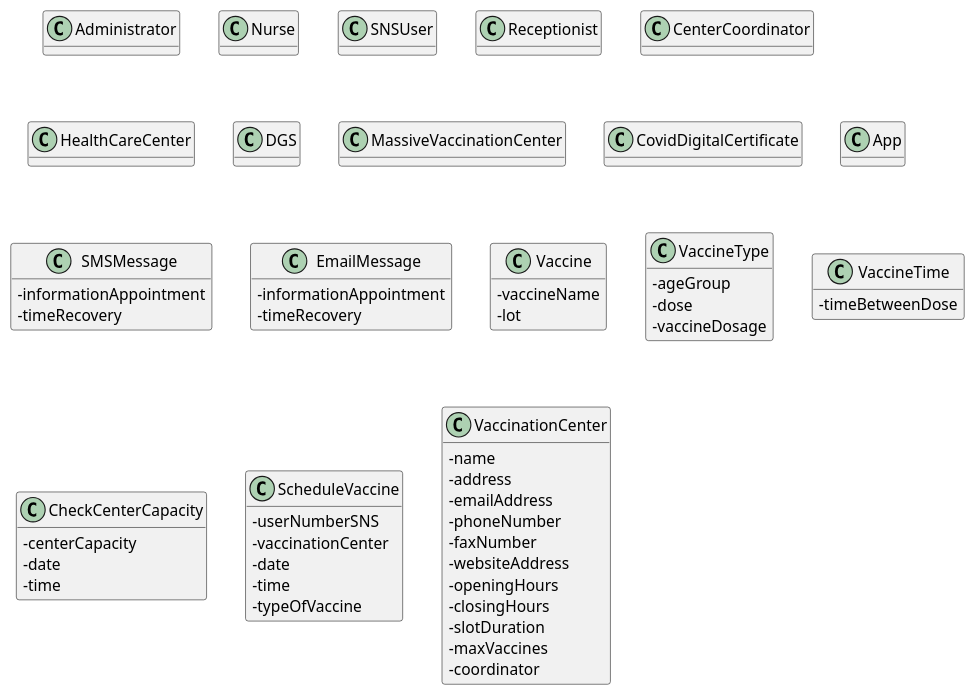
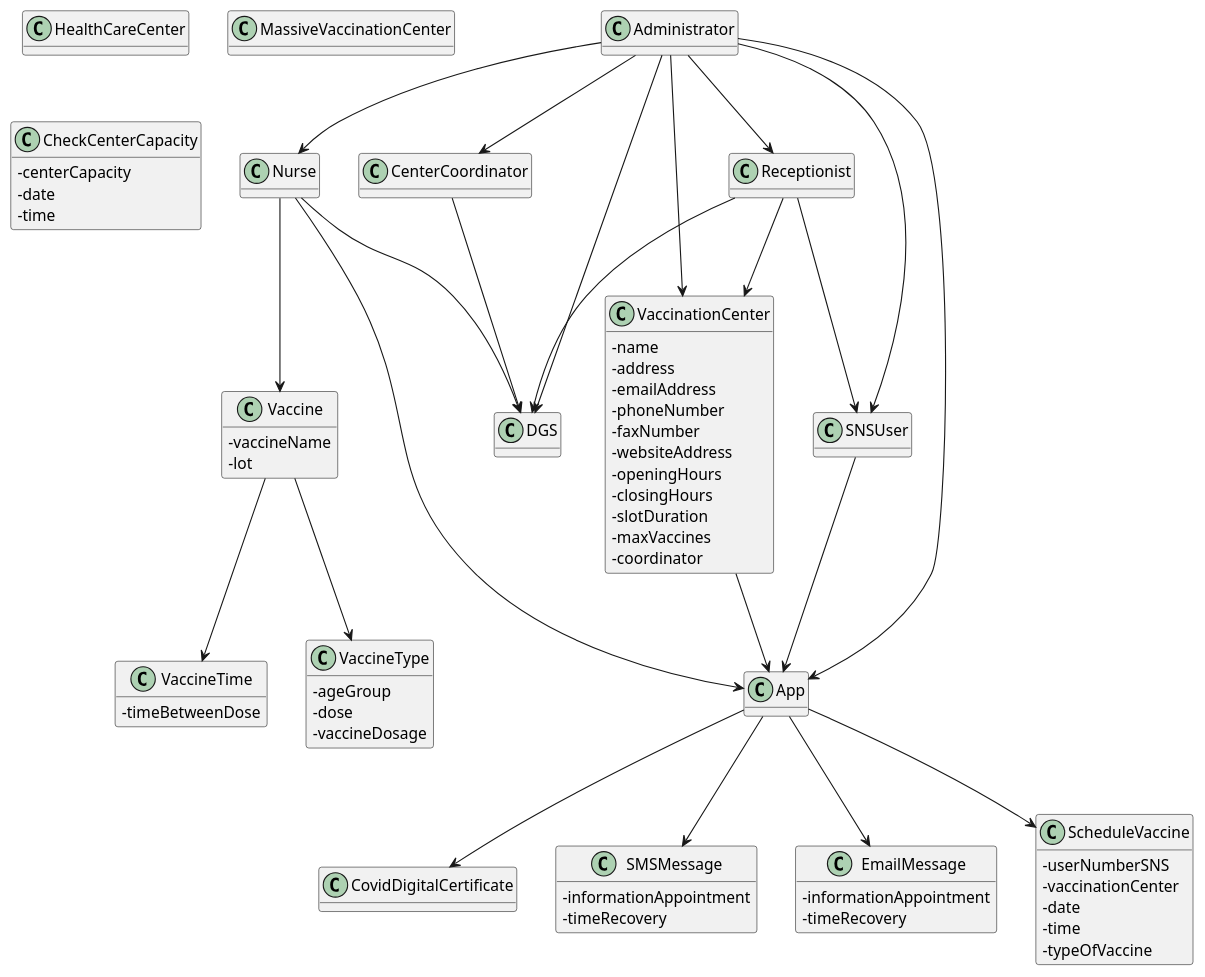
One commit to PedroMesquita1211171/VaccinationManager changed the diagram in docs/SprintA/DM.puml. Above: the diagram before and after it, drawn with PlantUML. The commit also changed 1 other file, not shown here.

Commit message:
UC Diagram first version 3

```diff
--- a/docs/SprintA/DM.puml
+++ b/docs/SprintA/DM.puml
@@ -1,88 +1,113 @@
 @startuml
 skinparam classAttributeIconSize 0
 hide methods
 
 class Administrator{
 }
 
 class Nurse{
 }
 
 class SNSUser{
 }
 
 class Receptionist{
 }
 
 class CenterCoordinator{
 }
 
 class HealthCareCenter {
 }
 
 class DGS {
 }
 
 class MassiveVaccinationCenter {
 }
 
 class CovidDigitalCertificate {
 }
 
 class App{
 }
 
 class SMSMessage {
 - informationAppointment
 - timeRecovery
 }
 
 class EmailMessage {
 - informationAppointment
 - timeRecovery
 }
 
 class Vaccine {
 - vaccineName
 - lot
 }
 
 class VaccineType {
 - ageGroup
 - dose
 - vaccineDosage
 }
 
 class VaccineTime {
 - timeBetweenDose
 }
 
 class CheckCenterCapacity {
 - centerCapacity
 - date
 - time
 }
 
 class ScheduleVaccine {
 - userNumberSNS
 - vaccinationCenter
 - date
 - time
 - typeOfVaccine
 }
 
 class VaccinationCenter {
   - name
   - address
   - emailAddress
   - phoneNumber
   - faxNumber
   - websiteAddress
   - openingHours
   - closingHours
   - slotDuration
   - maxVaccines
   - coordinator
 }
 
-@enduml
+Administrator --> Nurse
+Administrator --> CenterCoordinator
+Administrator --> Receptionist
+Administrator --> SNSUser
+Administrator --> VaccinationCenter
+Administrator --> App
+SNSUser --> App
+VaccinationCenter --> App
+Nurse --> App
+Receptionist --> SNSUser
+Receptionist --> VaccinationCenter
+Receptionist --> DGS
+Nurse --> DGS
+Administrator --> DGS
+CenterCoordinator --> DGS
+Nurse --> Vaccine
+Vaccine --> VaccineType
+Vaccine --> VaccineTime
+App --> EmailMessage
+App --> ScheduleVaccine
+App --> SMSMessage
+App --> CovidDigitalCertificate
+
+
+
+@endum
```
